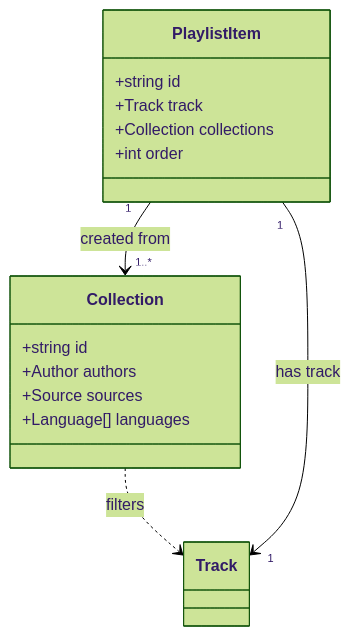
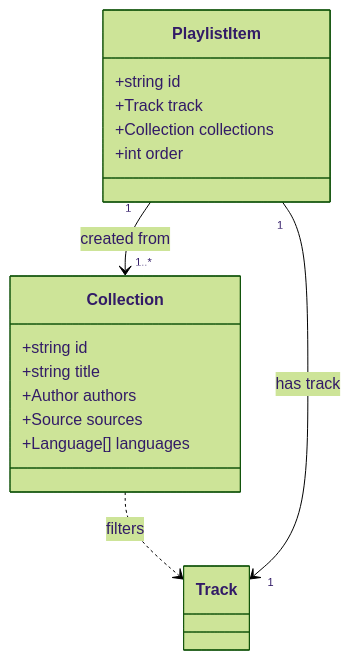
The second of 2 diagrams in docs/models.md (akdasa-studios/lectorium-mobile), drawn with Mermaid (forest theme) before and after one commit. The commit also changed other lines of this file and 12 other files, not shown here.

````diff
--- a/docs/models.md
+++ b/docs/models.md
@@ -44,21 +44,22 @@
 ```mermaid
 classDiagram
     class Collection {
         +string id
+        +string title
         +Author authors
         +Source sources
         +Language[] languages
     }
 
     class PlaylistItem {
         +string id
         +Track track
         +Collection collections
         +int order
     }
 
     Collection ..> Track: filters
 
     PlaylistItem "1" --> "1..*" Collection : created from
     PlaylistItem "1" --> "1" Track : has track
 ```
````
